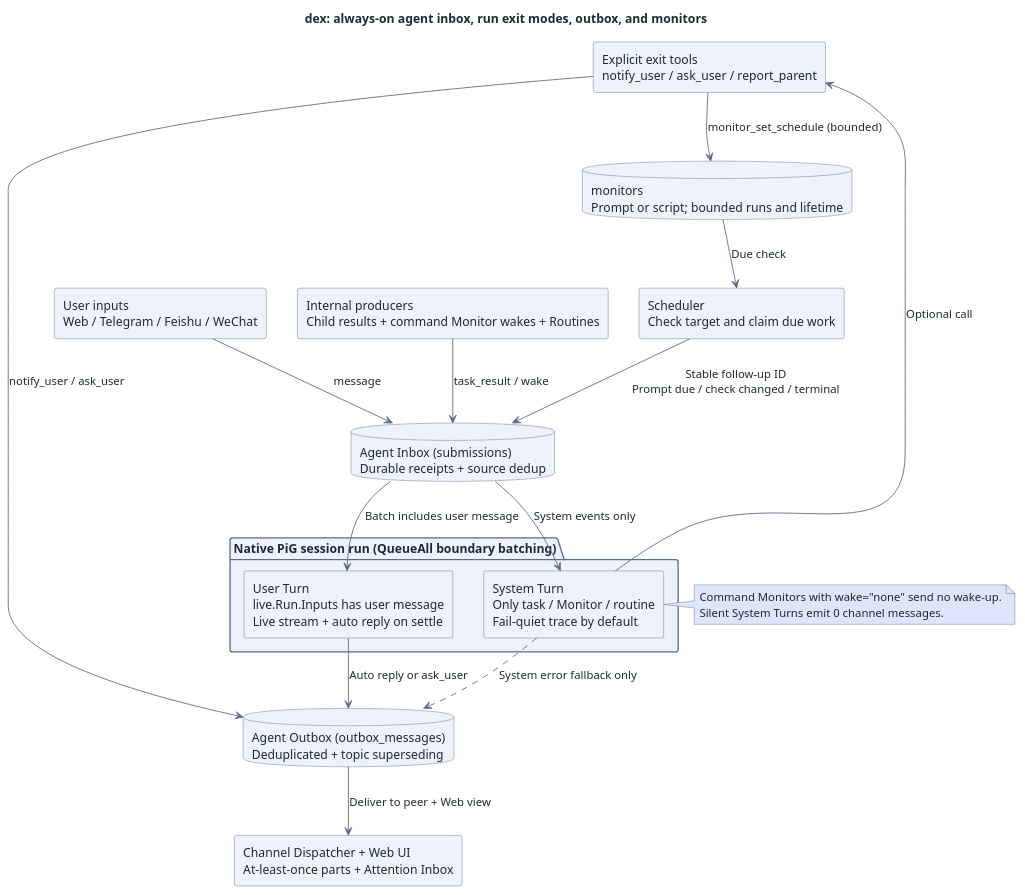
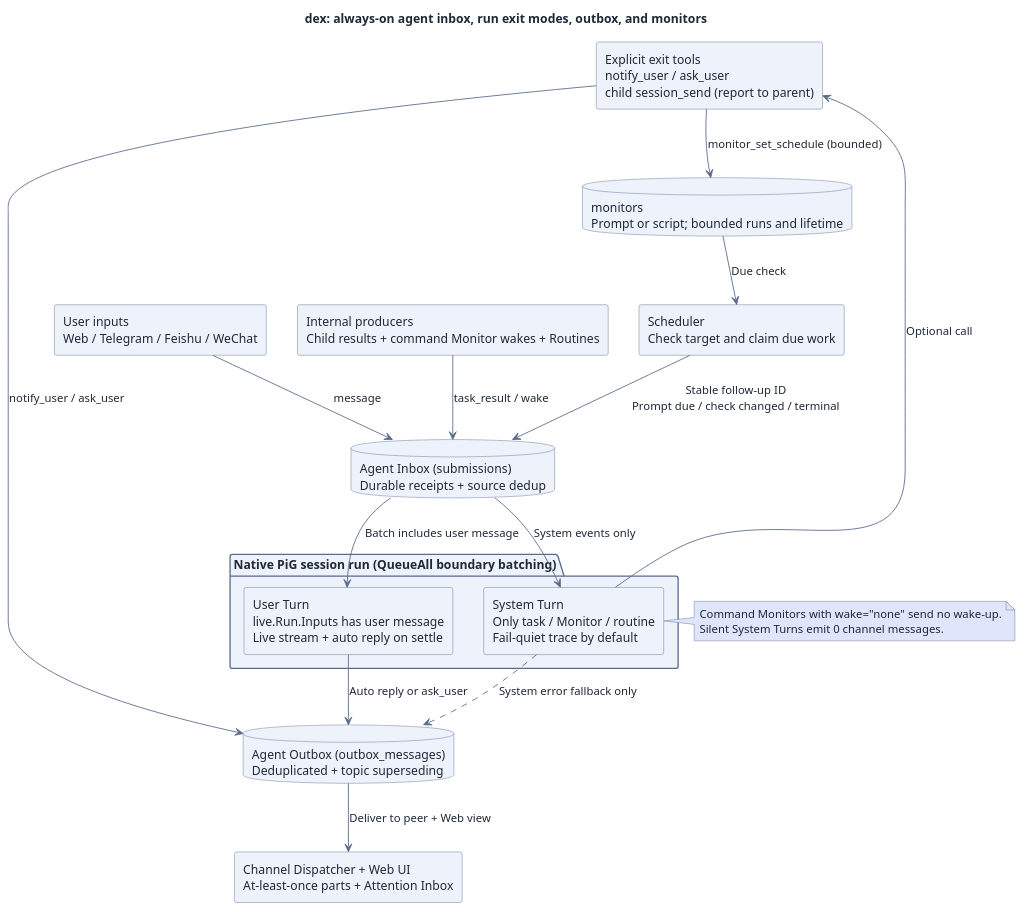
The diagram in docs/assets/src/always-on-flow.puml (recally-io/dex), drawn with PlantUML before and after one commit. The commit also changed 16 other files, not shown here.

First line of the commit message:
control: Use session_send for child reports

```diff
--- a/docs/assets/src/always-on-flow.puml
+++ b/docs/assets/src/always-on-flow.puml
@@ -1,55 +1,55 @@
 @startuml
 skinparam RectangleBackgroundColor #eef2fb
 skinparam RectangleBorderColor #5b6b8c
 skinparam RectangleFontColor #1f2937
 skinparam DatabaseBackgroundColor #eef2fb
 skinparam DatabaseBorderColor #5b6b8c
 skinparam DatabaseFontColor #1f2937
 skinparam PackageBackgroundColor #eef2fb
 skinparam PackageBorderColor #5b6b8c
 skinparam DefaultFontColor #1f2937
 skinparam ArrowColor #5b6b8c
 skinparam ArrowFontColor #1f2937
 skinparam NoteBackgroundColor #dfe5fb
 skinparam NoteBorderColor #5b6b8c
 skinparam NoteFontColor #1f2937
 skinparam BackgroundColor #ffffff
 title dex: always-on agent inbox, run exit modes, outbox, and monitors
 top to bottom direction
 
 rectangle "User inputs\nWeb / Telegram / Feishu / WeChat" as user_in
 rectangle "Internal producers\nChild results + command Monitor wakes + Routines" as sys_in
 database "monitors\nPrompt or script; bounded runs and lifetime" as monitors
 rectangle "Scheduler\nCheck target and claim due work" as sched
 
 database "Agent Inbox (submissions)\nDurable receipts + source dedup" as inbox
 
 package "Native PiG session run (QueueAll boundary batching)" as run {
   rectangle "User Turn\nlive.Run.Inputs has user message\nLive stream + auto reply on settle" as user_turn
   rectangle "System Turn\nOnly task / Monitor / routine\nFail-quiet trace by default" as sys_turn
 }
 
-rectangle "Explicit exit tools\nnotify_user / ask_user / report_parent" as tools
+rectangle "Explicit exit tools\nnotify_user / ask_user\nchild session_send (report to parent)" as tools
 database "Agent Outbox (outbox_messages)\nDeduplicated + topic superseding" as outbox
 rectangle "Channel Dispatcher + Web UI\nAt-least-once parts + Attention Inbox" as dispatch
 
 monitors --> sched : Due check
 sched --> inbox : Stable follow-up ID\nPrompt due / check changed / terminal
 user_in --> inbox : message
 sys_in --> inbox : task_result / wake
 
 inbox --> user_turn : Batch includes user message
 inbox --> sys_turn : System events only
 
 user_turn --> outbox : Auto reply or ask_user
 sys_turn --> tools : Optional call
 tools --> outbox : notify_user / ask_user
 tools --> monitors : monitor_set_schedule (bounded)
 sys_turn ..> outbox : System error fallback only
 
 outbox --> dispatch : Deliver to peer + Web view
 note right of sys_turn
   Command Monitors with wake="none" send no wake-up.
   Silent System Turns emit 0 channel messages.
 end note
 @enduml
```
